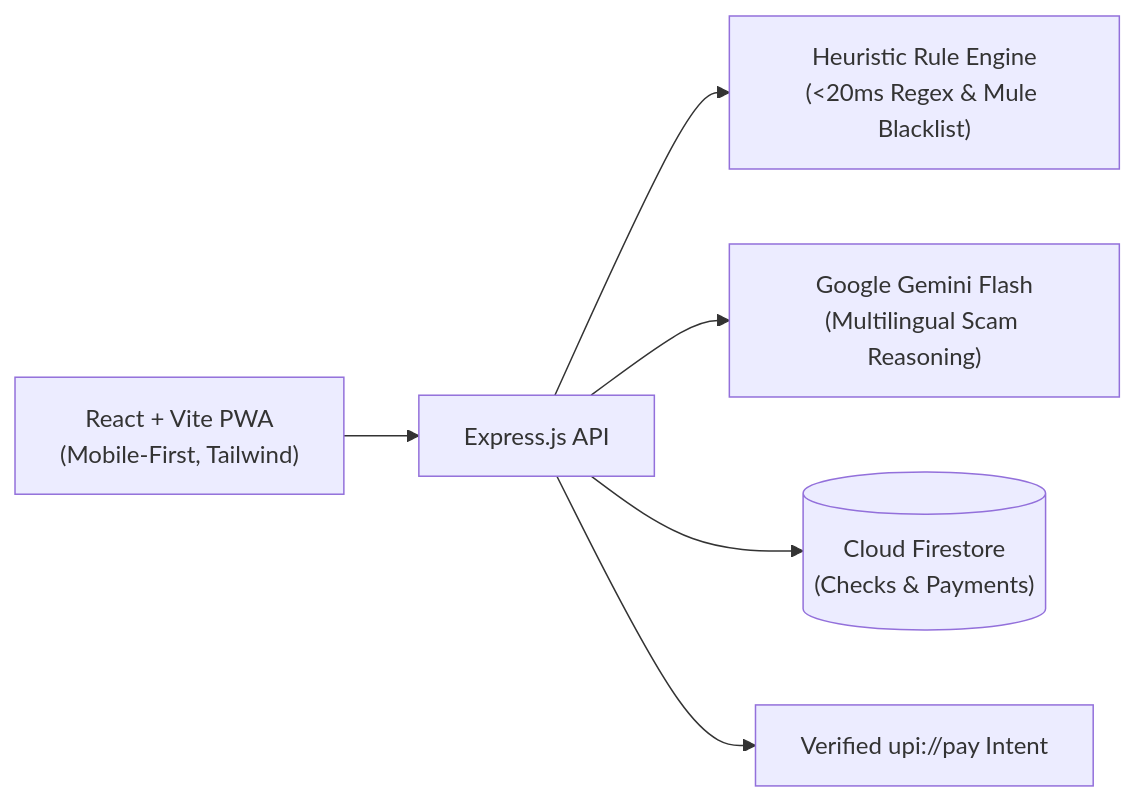
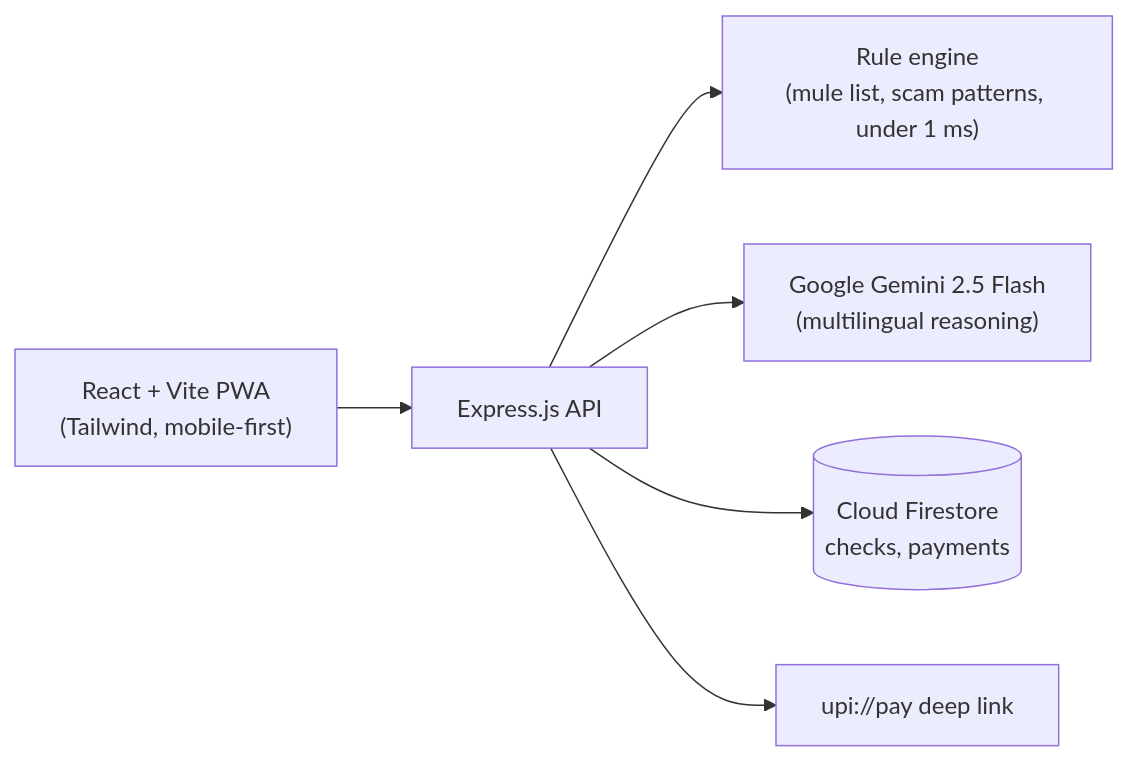
Before and after one commit to ratulexe/trustlayer: the diagram in README.md, drawn with Mermaid. The commit also changed other lines of this file and 12 other files, not shown here.

````diff
--- a/README.md
+++ b/README.md
@@ -48,8 +45,8 @@
 ```mermaid
 flowchart LR
-    PWA["React + Vite PWA<br>(Mobile-First, Tailwind)"] --> Express["Express.js API"]
-    Express --> RuleEngine["Heuristic Rule Engine<br>(<20ms Regex & Mule Blacklist)"]
-    Express --> Gemini["Google Gemini Flash<br>(Multilingual Scam Reasoning)"]
-    Express --> Firestore[("Cloud Firestore<br>(Checks & Payments)")]
-    Express --> UPILink["Verified upi://pay Intent"]
+    PWA["React + Vite PWA<br>(Tailwind, mobile-first)"] --> Express["Express.js API"]
+    Express --> RuleEngine["Rule engine<br>(mule list, scam patterns, under 1 ms)"]
+    Express --> Gemini["Google Gemini 2.5 Flash<br>(multilingual reasoning)"]
+    Express --> Firestore[("Cloud Firestore<br>checks, payments")]
+    Express --> UPILink["upi://pay deep link"]
 ```
````
